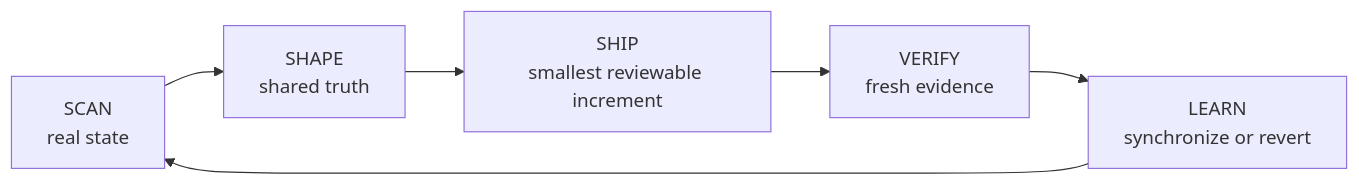
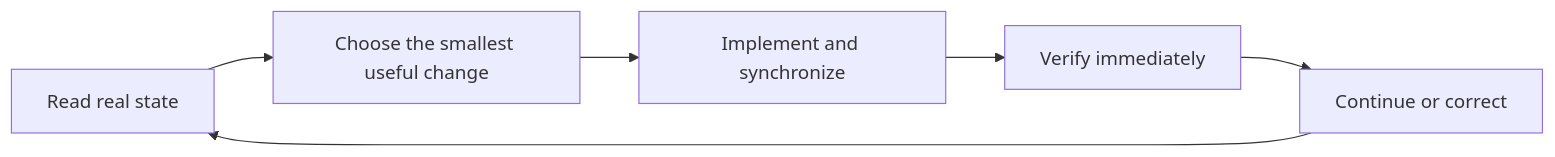
One commit to Solismuchengxue/skill_swift_cycle changed the diagram in README.md. Above: the diagram before and after it, drawn with Mermaid. The commit also changed other lines of this file and 6 other files, not shown here.

````diff
--- a/README.md
+++ b/README.md
@@ -32,8 +52,8 @@
 ```mermaid
 flowchart LR
-    A["SCAN<br/>real state"] --> B["SHAPE<br/>shared truth"]
-    B --> C["SHIP<br/>smallest reviewable increment"]
-    C --> D["VERIFY<br/>fresh evidence"]
-    D --> E["LEARN<br/>synchronize or revert"]
+    A[Read real state] --> B[Choose the smallest useful change]
+    B --> C[Implement and synchronize]
+    C --> D[Verify immediately]
+    D --> E[Continue or correct]
     E --> A
 ```
````
